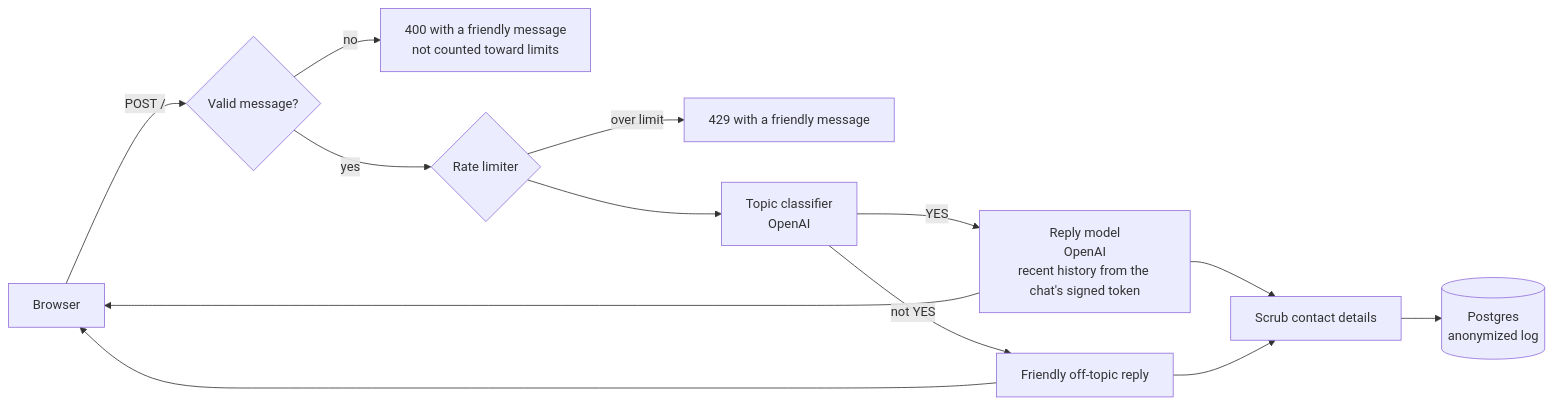
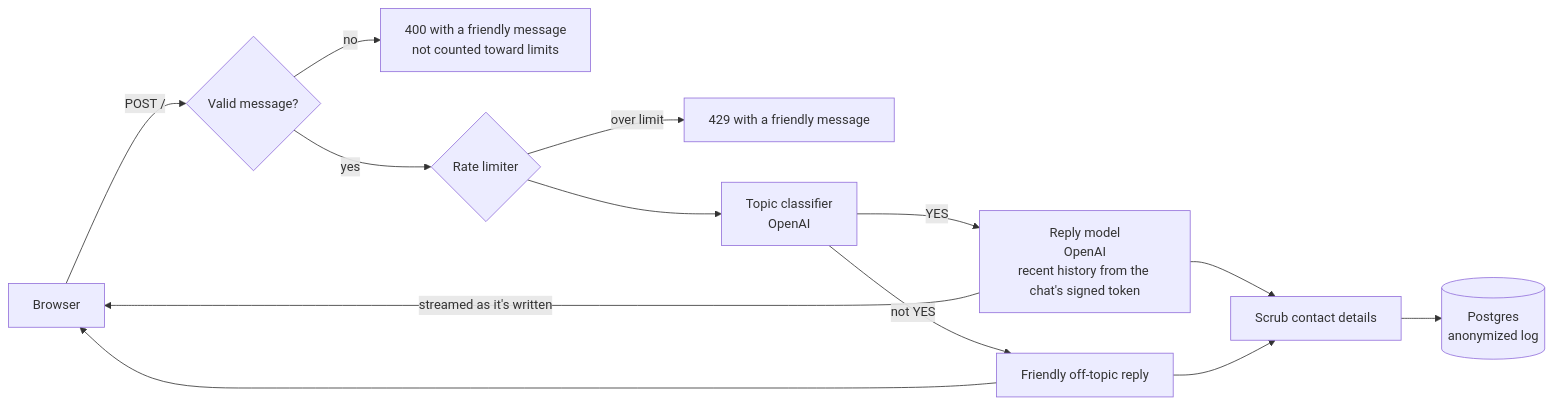
One commit to jdabr/LoveLab01 changed the diagram in README.md. Above: the diagram before and after it, drawn with Mermaid. The commit also changed other lines of this file and 7 other files, not shown here.

````diff
--- a/README.md
+++ b/README.md
@@ -30,15 +31,15 @@
 ```mermaid
 flowchart LR
     B[Browser] -->|POST /| V{Valid message?}
     V -->|no| R400[400 with a friendly message<br/>not counted toward limits]
     V -->|yes| L{Rate limiter}
     L -->|over limit| R429[429 with a friendly message]
     L --> F[Topic classifier<br/>OpenAI]
     F -->|not YES| OT[Friendly off-topic reply]
     F -->|YES| M[Reply model<br/>OpenAI<br/>recent history from the chat's signed token]
     M --> S[Scrub contact details]
     OT --> S
     S --> DB[(Postgres<br/>anonymized log)]
-    M --> B
+    M -->|streamed as it's written| B
     OT --> B
 ```
````
